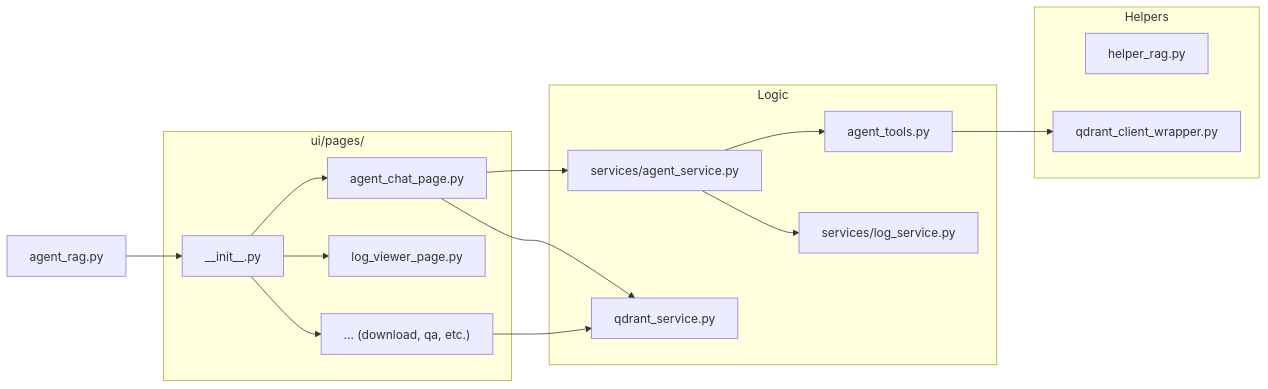
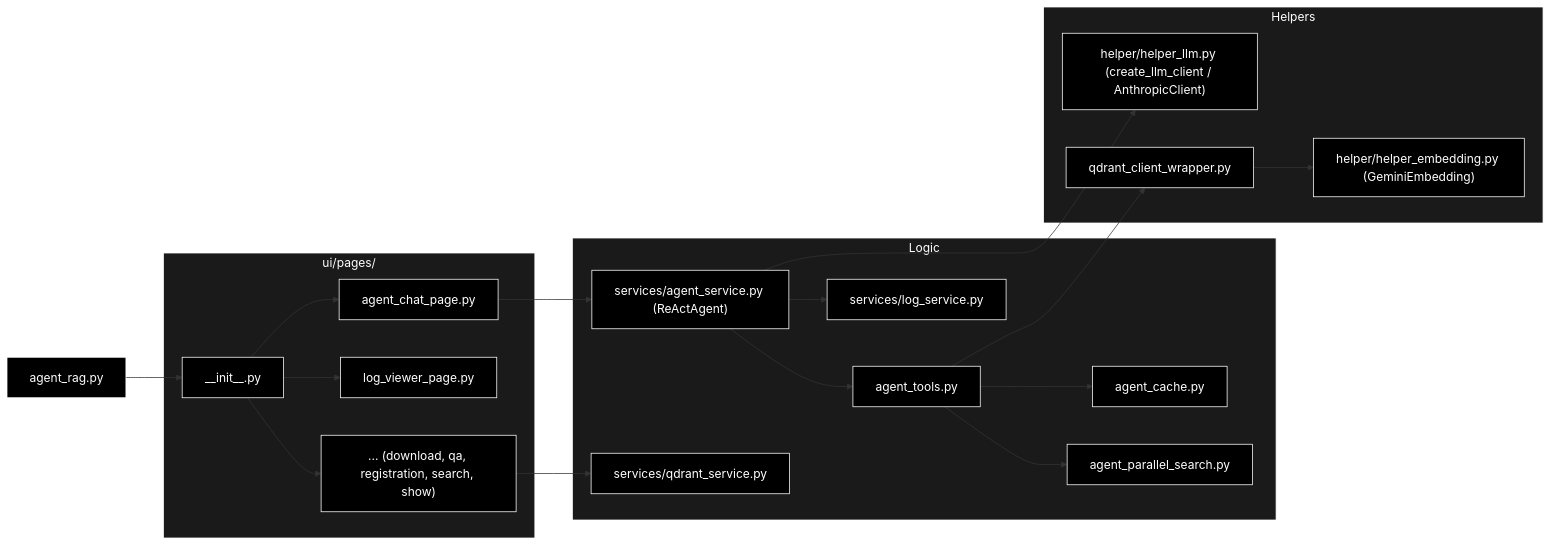
Before and after one commit to nakashima2toshio/ollama_grace_agent_v2: the second of 10 diagrams in readme_react_reflection.md, drawn with Mermaid. The commit also changed other lines of this file and 7 other files, not shown here.

````diff
--- a/readme_react_reflection.md
+++ b/readme_react_reflection.md
@@ -167,36 +178,48 @@
 ```mermaid
 graph LR
     Main["agent_rag.py"]
 
     subgraph UI_Pages ["ui/pages/"]
         InitUI["__init__.py"]
         AgentPage["agent_chat_page.py"]
         LogPage["log_viewer_page.py"]
-        OtherPages["... (download, qa, etc.)"]
+        OtherPages["... (download, qa, registration, search, show)"]
     end
 
     subgraph Logic_Layer ["Logic"]
-        AgentSvc["services/agent_service.py"]
+        AgentSvc["services/agent_service.py (ReActAgent)"]
         Tools["agent_tools.py"]
-        QS["qdrant_service.py"]
+        Cache["agent_cache.py"]
+        Parallel["agent_parallel_search.py"]
+        QS["services/qdrant_service.py"]
         LogSvc["services/log_service.py"]
     end
 
     subgraph Helper_Layer ["Helpers"]
-        HelperRag["helper_rag.py"]
+        LLMHelper["helper/helper_llm.py (create_llm_client / AnthropicClient)"]
+        HelperEmbed["helper/helper_embedding.py (GeminiEmbedding)"]
         QdrantWrapper["qdrant_client_wrapper.py"]
     end
 
     Main --> InitUI
     InitUI --> AgentPage
     InitUI --> LogPage
     InitUI --> OtherPages
 
     AgentPage --> AgentSvc
     AgentSvc --> Tools
+    AgentSvc --> LLMHelper
     AgentSvc --> LogSvc
-    AgentPage --> QS
+    Tools --> Cache
+    Tools --> Parallel
     Tools --> QdrantWrapper
+    QdrantWrapper --> HelperEmbed
 
     OtherPages --> QS
+classDef default fill:#000,stroke:#fff,color:#fff
+classDef subgraphStyle fill:#1a1a1a,stroke:#fff,color:#fff
+class Main,InitUI,AgentPage,LogPage,OtherPages,AgentSvc,Tools,Cache,Parallel,QS,LogSvc,LLMHelper,HelperEmbed,QdrantWrapper default
+style UI_Pages fill:#1a1a1a,stroke:#fff,color:#fff
+style Logic_Layer fill:#1a1a1a,stroke:#fff,color:#fff
+style Helper_Layer fill:#1a1a1a,stroke:#fff,color:#fff
 ```
````
